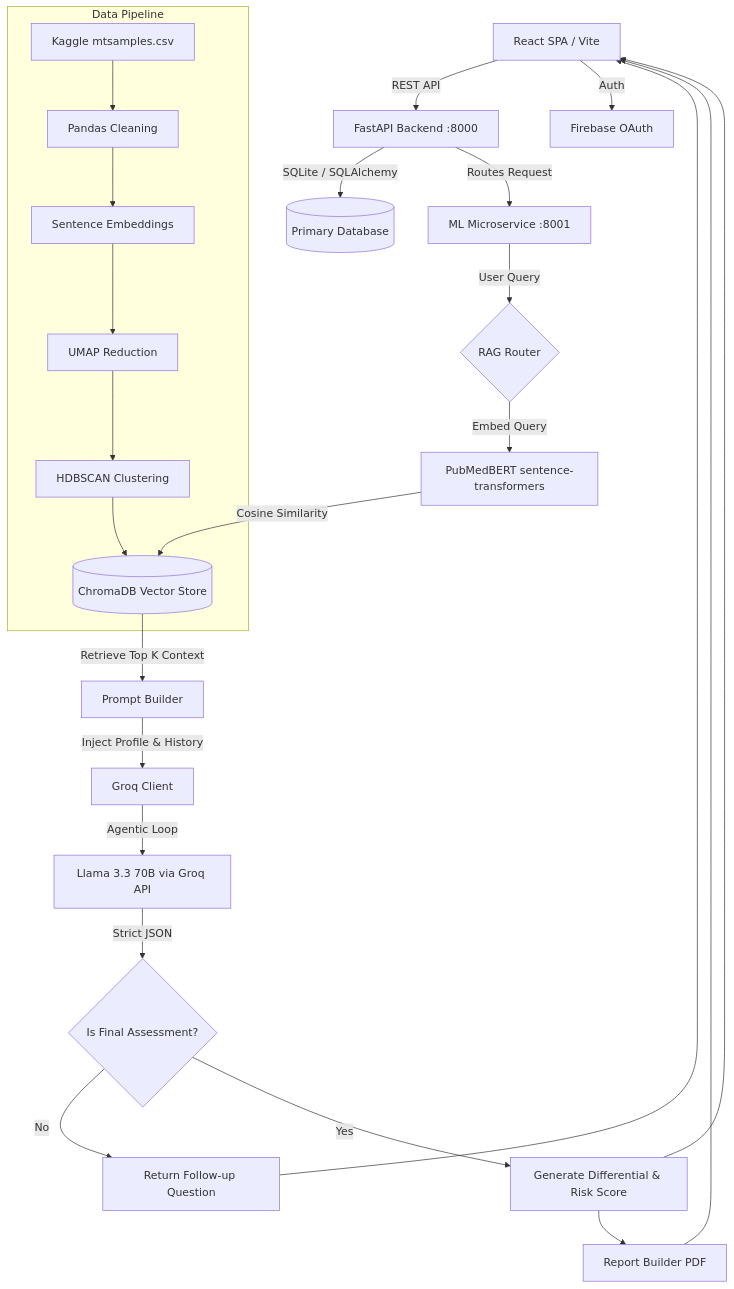
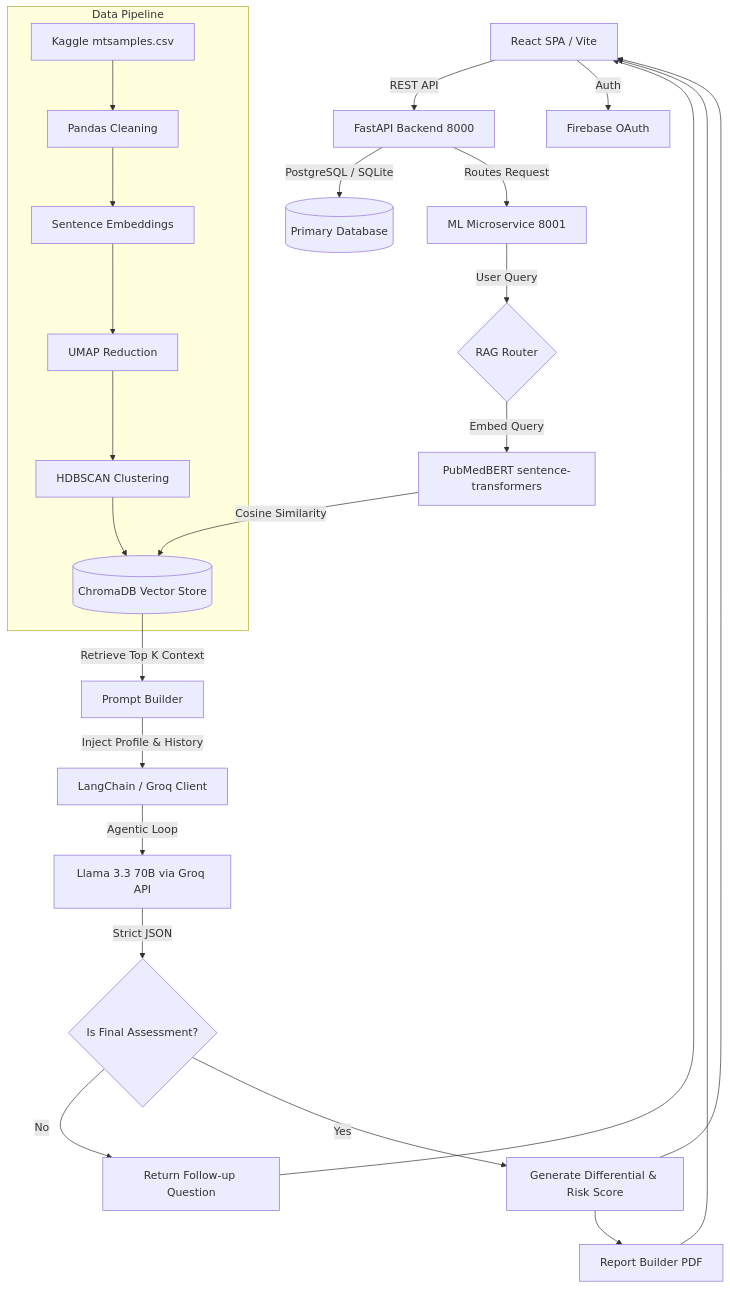
The diagram in README.md (quirky-sharan/equinox), drawn with Mermaid before and after one commit. The commit also changed other lines of this file, not shown here.

````diff
--- a/README.md
+++ b/README.md
@@ -209,31 +83,31 @@
 ```mermaid
 graph TD
-    A[React SPA / Vite] -->|REST API| B[FastAPI Backend :8000]
+    A[React SPA / Vite] -->|REST API| B[FastAPI Backend 8000]
     A -->|Auth| Firebase[Firebase OAuth]
-    B -->|SQLite / SQLAlchemy| C[(Primary Database)]
-    B -->|Routes Request| D[ML Microservice :8001]
-
+    B -->|PostgreSQL / SQLite| C[(Primary Database)]
+    B -->|Routes Request| D[ML Microservice 8001]
+    
     D -->|User Query| E{RAG Router}
     E -->|Embed Query| F[PubMedBERT sentence-transformers]
     F -->|Cosine Similarity| G[(ChromaDB Vector Store)]
     G -->|Retrieve Top K Context| H[Prompt Builder]
-    H -->|Inject Profile & History| I[Groq Client]
-
+    H -->|Inject Profile & History| I[LangChain / Groq Client]
+    
     I -->|Agentic Loop| J[Llama 3.3 70B via Groq API]
     J -->|Strict JSON| K{Is Final Assessment?}
     K -- No --> L[Return Follow-up Question]
     K -- Yes --> M[Generate Differential & Risk Score]
-
+    
     L --> A
     M --> N[Report Builder PDF]
     M --> A
     N --> A
-
+    
     subgraph Data Pipeline
     Z[Kaggle mtsamples.csv] --> Y[Pandas Cleaning]
     Y --> X[Sentence Embeddings]
     X --> W[UMAP Reduction]
     W --> V[HDBSCAN Clustering]
     V --> G
     end
 ```
````
